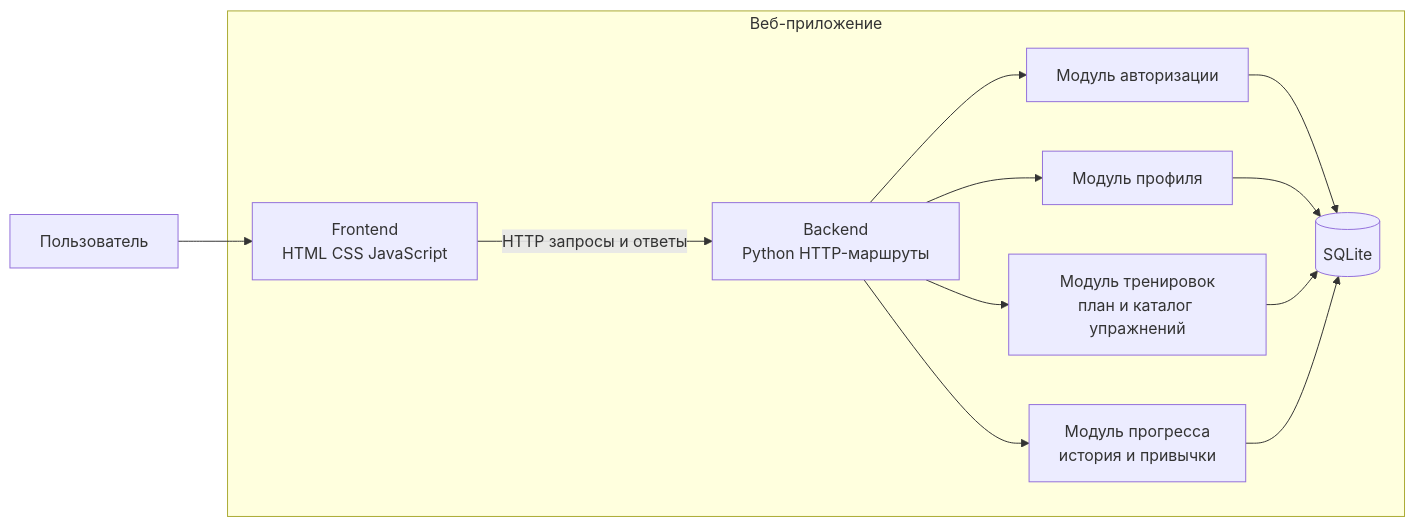
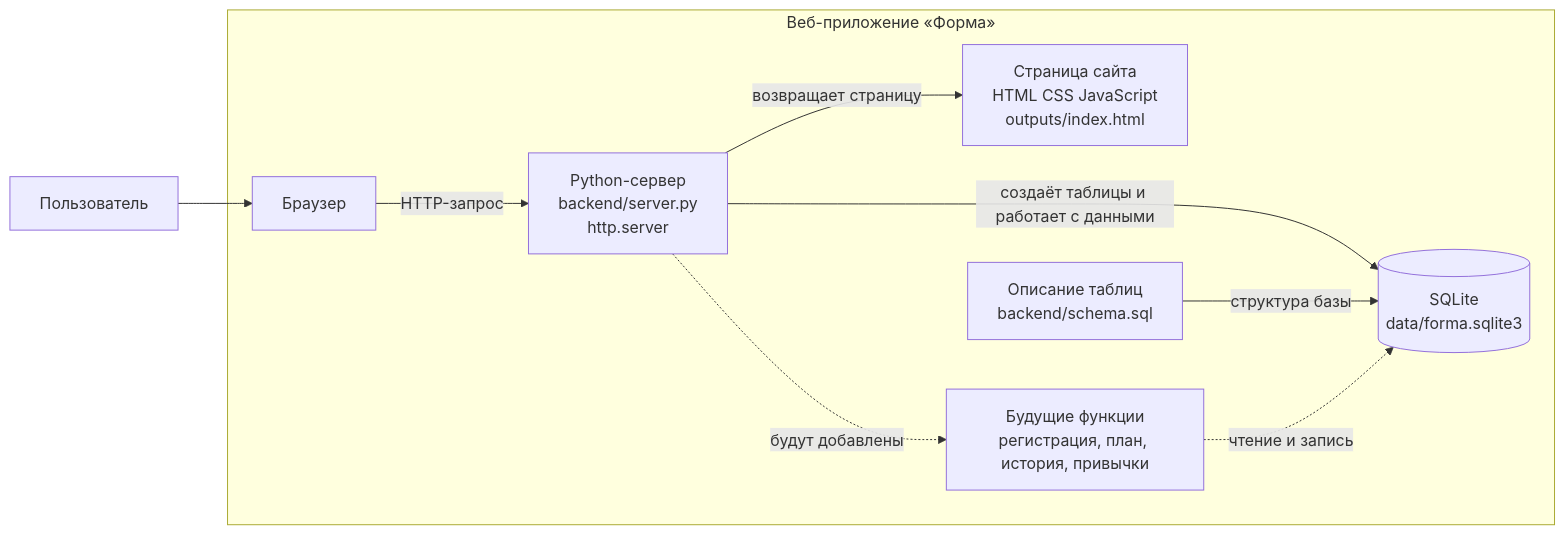
The diagram in component-diagram.md (zdudanets-spec/individual-fitness-trainer), drawn with Mermaid before and after one commit. The commit also changed other lines of this file and 9 other files, not shown here.

````diff
--- a/component-diagram.md
+++ b/component-diagram.md
@@ -5,23 +5,17 @@
 ```mermaid
 flowchart LR
-    User[Пользователь]
-    subgraph Web[Веб-приложение]
-        UI[Frontend<br/>HTML CSS JavaScript]
-        API[Backend<br/>Python HTTP-маршруты]
-        Auth[Модуль авторизации]
-        Profile[Модуль профиля]
-        Training[Модуль тренировок<br/>план и каталог упражнений]
-        Progress[Модуль прогресса<br/>история и привычки]
-        DB[(SQLite)]
-        UI -->|HTTP запросы и ответы| API
-        API --> Auth
-        API --> Profile
-        API --> Training
-        API --> Progress
-        Auth --> DB
-        Profile --> DB
-        Training --> DB
-        Progress --> DB
+    User[Пользователь] --> Browser[Браузер]
+    subgraph Project[Веб-приложение «Форма»]
+        UI[Страница сайта<br/>HTML CSS JavaScript<br/>outputs/index.html]
+        Server[Python-сервер<br/>backend/server.py<br/>http.server]
+        SQL[Описание таблиц<br/>backend/schema.sql]
+        DB[(SQLite<br/>data/forma.sqlite3)]
+        Future[Будущие функции<br/>регистрация, план, история, привычки]
+        Browser -->|HTTP-запрос| Server
+        Server -->|возвращает страницу| UI
+        Server -->|создаёт таблицы и работает с данными| DB
+        SQL -->|структура базы| DB
+        Server -. будут добавлены .-> Future
+        Future -. чтение и запись .-> DB
     end
-    User --> UI
 ```
````
